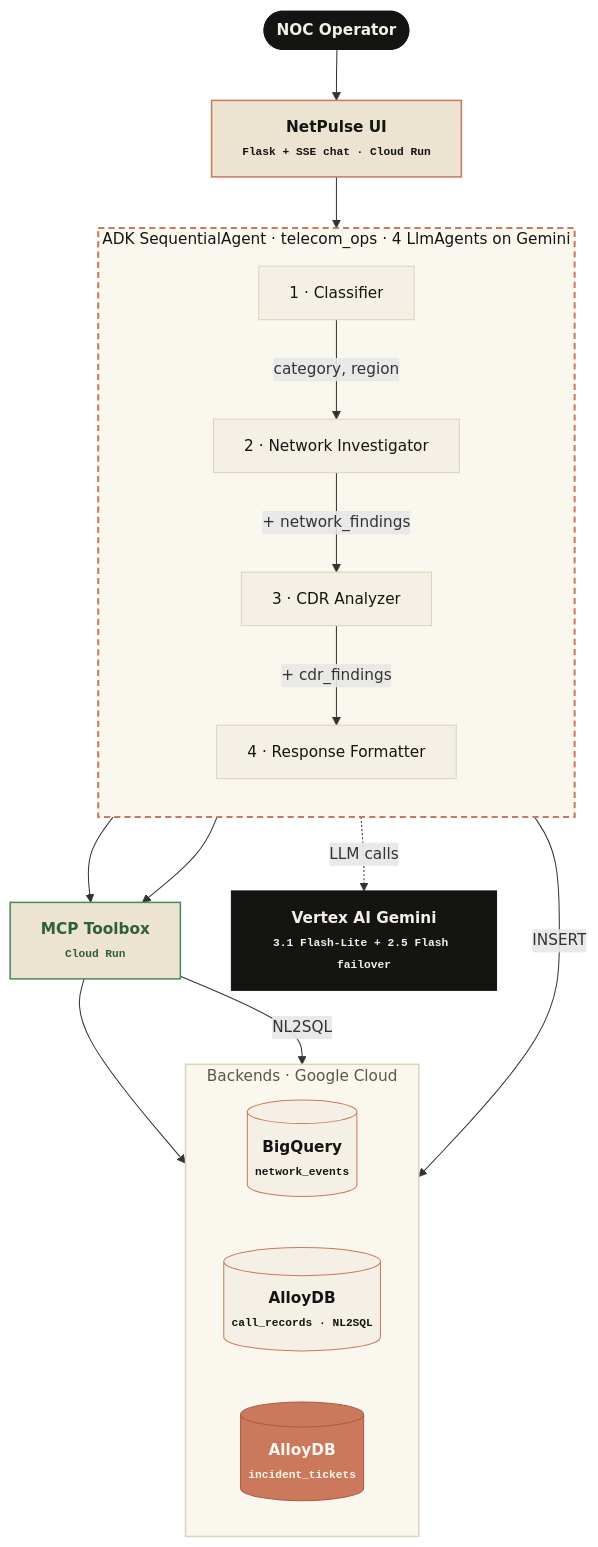
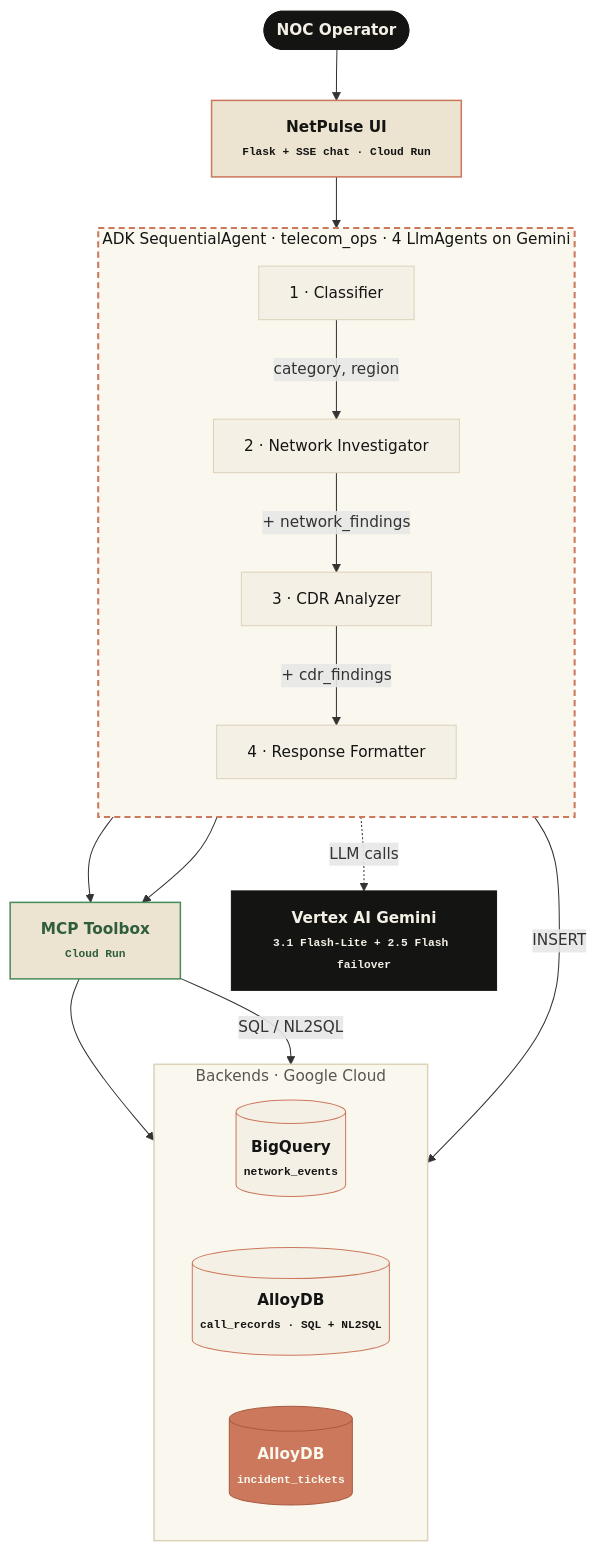
Before and after one commit to adityonugrohoid/hackathon-telecom-ops: the diagram in docs/architecture.mmd, drawn with Mermaid. The commit also changed 24 other files, not shown here.

```diff
--- a/docs/architecture.mmd
+++ b/docs/architecture.mmd
@@ -1,53 +1,53 @@
 %%{init: {"flowchart": {"htmlLabels": true, "curve": "basis"}, "themeVariables": {"fontSize": "15px", "fontFamily": "Inter, -apple-system, Segoe UI, sans-serif"}}}%%
 flowchart TB
     User([NOC Operator])
     UI["NetPulse UI<br/><span style='font-size:11px;font-weight:400;font-family:JetBrains Mono,monospace'>Flask + SSE chat &middot; Cloud Run</span>"]
 
     subgraph ORCH["ADK SequentialAgent &middot; telecom_ops &middot; 4 LlmAgents on Gemini"]
         direction TB
         A1["1 &middot; Classifier"]
         A2["2 &middot; Network Investigator"]
         A3["3 &middot; CDR Analyzer"]
         A4["4 &middot; Response Formatter"]
         A1 -- "category, region" --> A2
         A2 -- "+ network_findings" --> A3
         A3 -- "+ cdr_findings" --> A4
     end
 
     MCP["MCP Toolbox<br/><span style='font-size:11px;font-weight:400;font-family:JetBrains Mono,monospace'>Cloud Run</span>"]
 
     subgraph DATA["Backends &middot; Google Cloud"]
         direction LR
         BQ[("BigQuery<br/><span style='font-size:11px;font-weight:400;font-family:JetBrains Mono,monospace'>network_events</span>")]
-        ADB1[("AlloyDB<br/><span style='font-size:11px;font-weight:400;font-family:JetBrains Mono,monospace'>call_records &middot; NL2SQL</span>")]
+        ADB1[("AlloyDB<br/><span style='font-size:11px;font-weight:400;font-family:JetBrains Mono,monospace'>call_records &middot; SQL + NL2SQL</span>")]
         ADB2[("AlloyDB<br/><span style='font-size:11px;font-weight:400;font-family:JetBrains Mono,monospace'>incident_tickets</span>")]
     end
 
     Vertex["Vertex AI Gemini<br/><span style='font-size:11px;font-weight:400;font-family:JetBrains Mono,monospace'>3.1 Flash-Lite + 2.5 Flash failover</span>"]
 
     User --> UI --> A1
     A2 --> MCP --> BQ
     A3 --> MCP
-    MCP -- "NL2SQL" --> ADB1
+    MCP -- "SQL / NL2SQL" --> ADB1
     A4 -- "INSERT" --> ADB2
     ORCH -. "LLM calls" .-> Vertex
 
     %% NetPulse palette: cream paper, deep ink, clay coral accent, pandan green
     classDef user        fill:#141413,stroke:#141413,color:#F4F0E6,font-weight:600
     classDef fe          fill:#ECE4D1,stroke:#CC785C,color:#141413,font-weight:600,stroke-width:1.5px
     classDef adk         fill:#F4F0E6,stroke:#DDD3BB,color:#141413,font-weight:500
     classDef mcp         fill:#ECE4D1,stroke:#4a8c5e,color:#2f5d3d,font-weight:600,stroke-width:1.5px
     classDef alloydb     fill:#F4F0E6,stroke:#CC785C,color:#141413,font-weight:600
     classDef alloydbWrite fill:#CC785C,stroke:#A85B40,color:#FAF7EE,font-weight:600
     classDef vertex      fill:#141413,stroke:#141413,color:#F4F0E6,font-weight:600
 
     class User user
     class UI fe
     class A1,A2,A3,A4 adk
     class MCP mcp
     class BQ,ADB1 alloydb
     class ADB2 alloydbWrite
     class Vertex vertex
 
     style ORCH fill:#FAF7EE,stroke:#CC785C,stroke-width:2px,stroke-dasharray:6 4,color:#141413
     style DATA fill:#FAF7EE,stroke:#DDD3BB,stroke-width:1.5px,color:#5A554D
```
